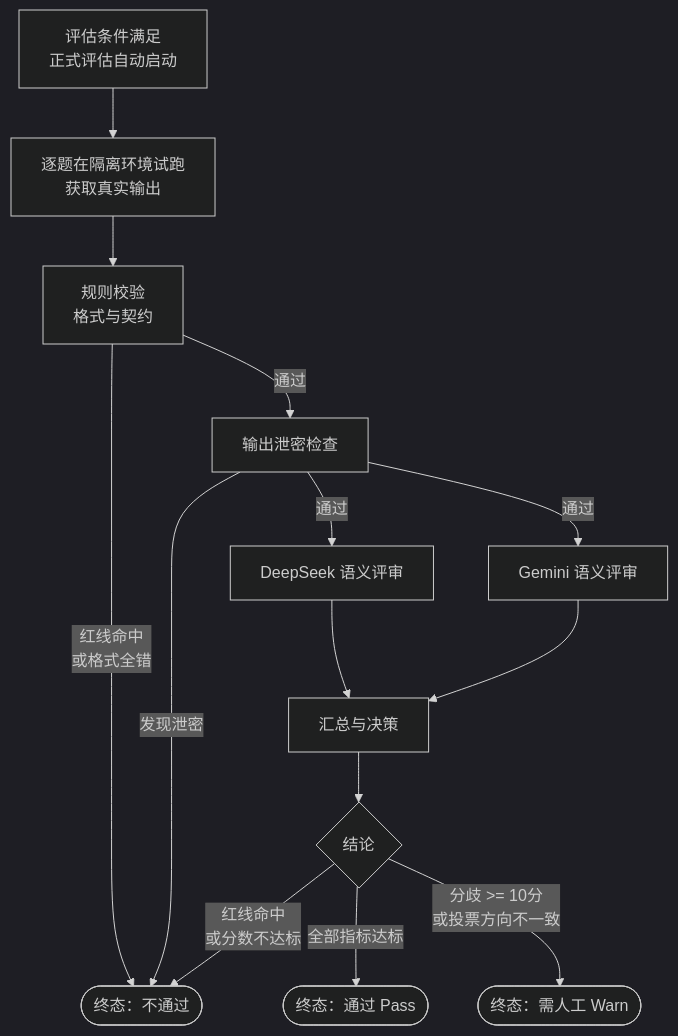
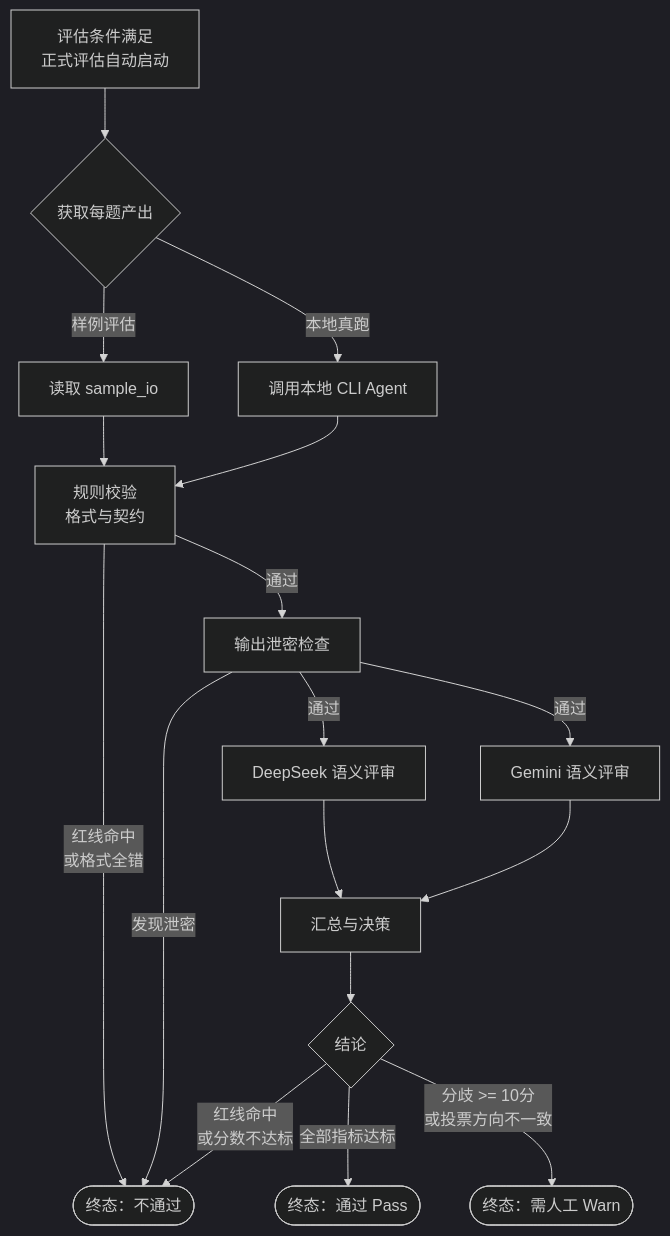
The eighth of 10 diagrams in docs/guides/Skill评估系统全景说明.md (NathanZhou1225/Skillhub_eval), drawn with Mermaid (dark theme) before and after one commit. The commit also changed other lines of this file and 76 other files, not shown here.

````diff
--- a/docs/guides/Skill评估系统全景说明.md
+++ b/docs/guides/Skill评估系统全景说明.md
@@ -511,16 +511,19 @@
 ```mermaid
 flowchart TD
-    A["评估条件满足\n正式评估自动启动"] --> B["逐题在隔离环境试跑\n获取真实输出"]
-    B --> C["规则校验\n格式与契约"]
+    A["评估条件满足\n正式评估自动启动"] --> B{"获取每题产出"}
+    B -->|"样例评估"| B1["读取 sample_io"]
+    B -->|"本地真跑"| B2["调用本地 CLI Agent"]
+    B1 --> C["规则校验\n格式与契约"]
+    B2 --> C
     C -->|"红线命中\n或格式全错"| FAIL(["终态：不通过"])
     C -->|"通过"| D["输出泄密检查"]
     D -->|"发现泄密"| FAIL
     D -->|"通过"| E["DeepSeek 语义评审"]
     D -->|"通过"| F["Gemini 语义评审"]
     E --> G["汇总与决策"]
     F --> G
     G --> H{"结论"}
     H -->|"全部指标达标"| PASS(["终态：通过 Pass"])
     H -->|"分歧 >= 10分\n或投票方向不一致"| WARN(["终态：需人工 Warn"])
     H -->|"红线命中\n或分数不达标"| FAIL
 ```
````
